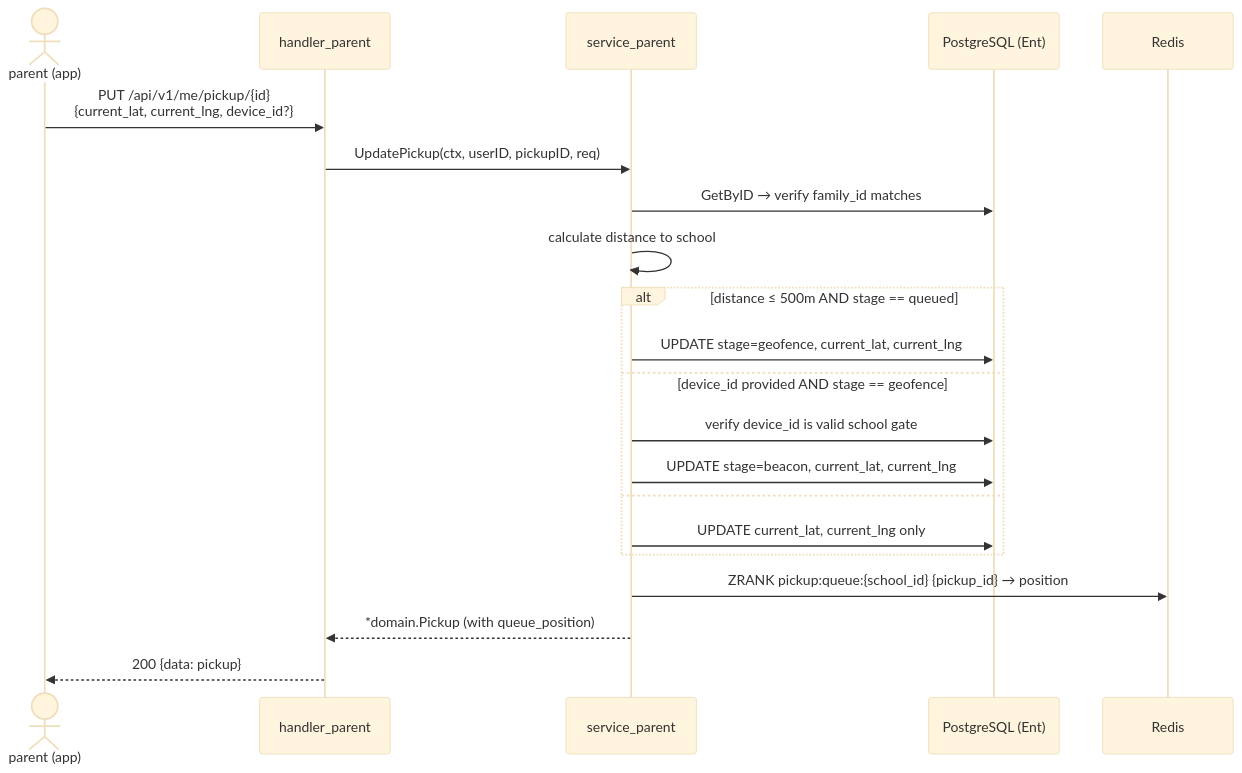
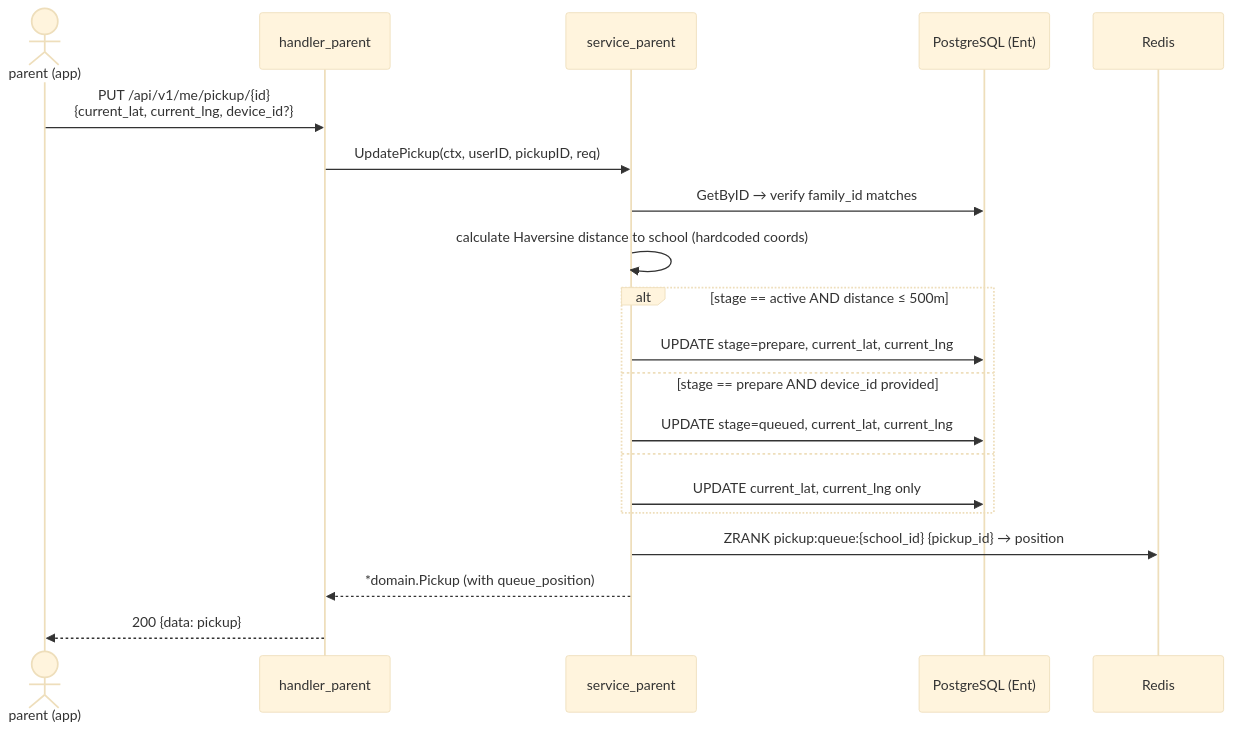
The second of 4 diagrams in pages/pickup-student.mdx (school-carpool-pickup/school-carpool-pickup.github.io), drawn with Mermaid (base theme) before and after one commit. The commit also changed other lines of this file and 2 other files, not shown here.

````diff
--- a/pages/pickup-student.mdx
+++ b/pages/pickup-student.mdx
@@ -89,24 +105,23 @@
 ```mermaid
 sequenceDiagram
     actor p as parent (app)
     participant h as handler_parent
     participant s as service_parent
     participant db as PostgreSQL (Ent)
     participant r as Redis
 
     p->>h: PUT /api/v1/me/pickup/{id}<br/>{current_lat, current_lng, device_id?}
     h->>s: UpdatePickup(ctx, userID, pickupID, req)
     s->>db: GetByID → verify family_id matches
-    s->>s: calculate distance to school
-    alt distance ≤ 500m AND stage == queued
-        s->>db: UPDATE stage=geofence, current_lat, current_lng
-    else device_id provided AND stage == geofence
-        s->>db: verify device_id is valid school gate
-        s->>db: UPDATE stage=beacon, current_lat, current_lng
+    s->>s: calculate Haversine distance to school (hardcoded coords)
+    alt stage == active AND distance ≤ 500m
+        s->>db: UPDATE stage=prepare, current_lat, current_lng
+    else stage == prepare AND device_id provided
+        s->>db: UPDATE stage=queued, current_lat, current_lng
     else
         s->>db: UPDATE current_lat, current_lng only
     end
     s->>r: ZRANK pickup:queue:{school_id} {pickup_id} → position
     s-->>h: *domain.Pickup (with queue_position)
     h-->>p: 200 {data: pickup}
 ```
````
